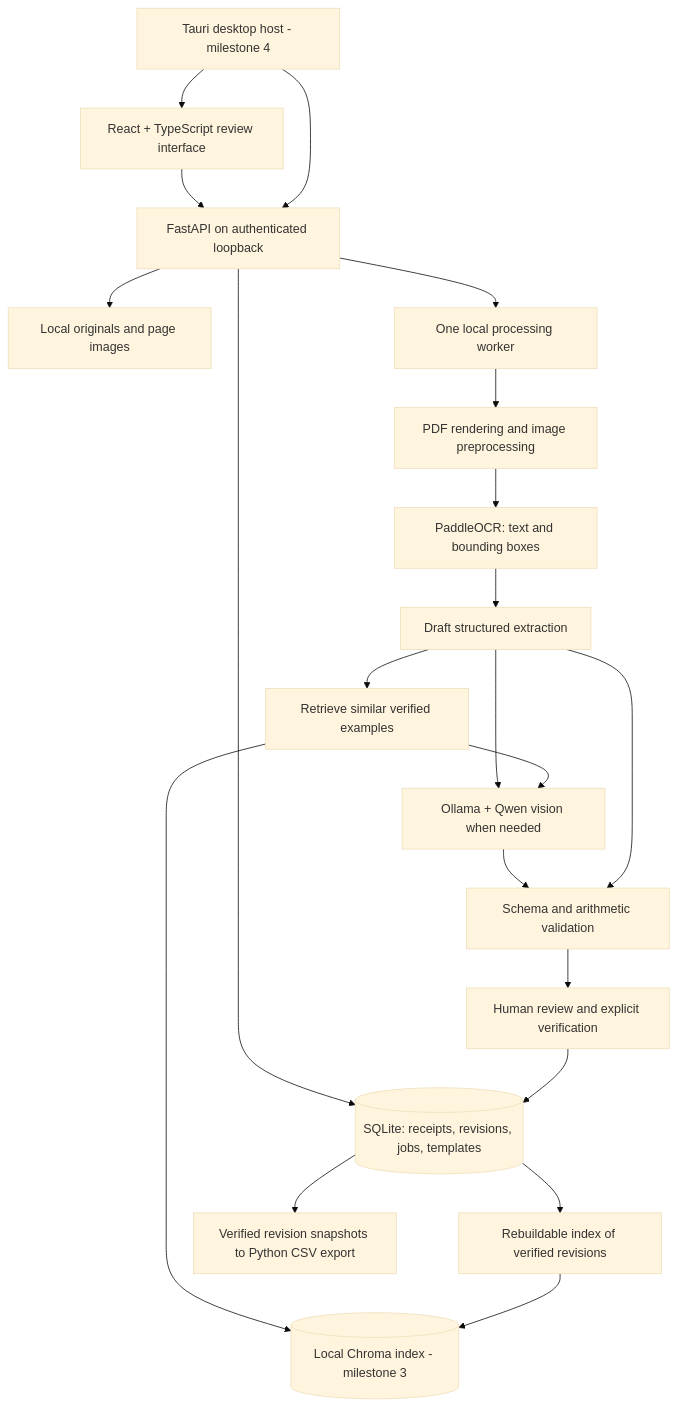
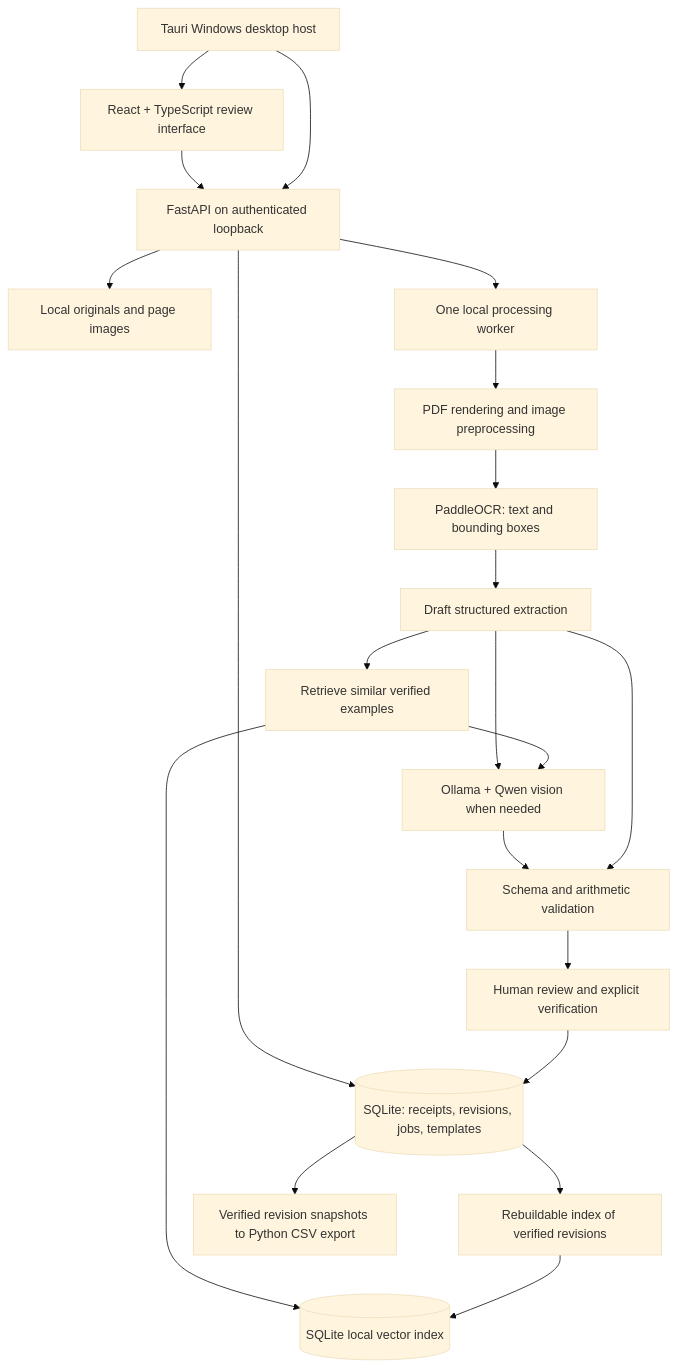
The diagram in PLAN.md (viccybanes/Receiptiq), drawn with Mermaid (base theme) before and after one commit. The commit also changed other lines of this file and 5 other files, not shown here.

Commit message:
docs: record local AI setup and validated Windows preview

````diff
--- a/PLAN.md
+++ b/PLAN.md
@@ -11,23 +11,23 @@
 ```mermaid
 flowchart TD
     UI[React + TypeScript review interface] --> API[FastAPI on authenticated loopback]
-    Desktop[Tauri desktop host - milestone 4] --> UI
+    Desktop[Tauri Windows desktop host] --> UI
     Desktop --> API
     API --> SQL[(SQLite: receipts, revisions, jobs, templates)]
     API --> Files[Local originals and page images]
     API --> Worker[One local processing worker]
     Worker --> Prep[PDF rendering and image preprocessing]
     Prep --> OCR[PaddleOCR: text and bounding boxes]
     OCR --> Draft[Draft structured extraction]
     Draft --> Vision[Ollama + Qwen vision when needed]
     Draft --> Retrieve[Retrieve similar verified examples]
-    Retrieve --> Vector[(Local Chroma index - milestone 3)]
+    Retrieve --> Vector[(SQLite local vector index)]
     Retrieve --> Vision
     Vision --> Validate[Schema and arithmetic validation]
     Draft --> Validate
     Validate --> Review[Human review and explicit verification]
     Review --> SQL
     SQL --> Index[Rebuildable index of verified revisions]
     Index --> Vector
     SQL --> CSV[Verified revision snapshots to Python CSV export]
 ```
````
